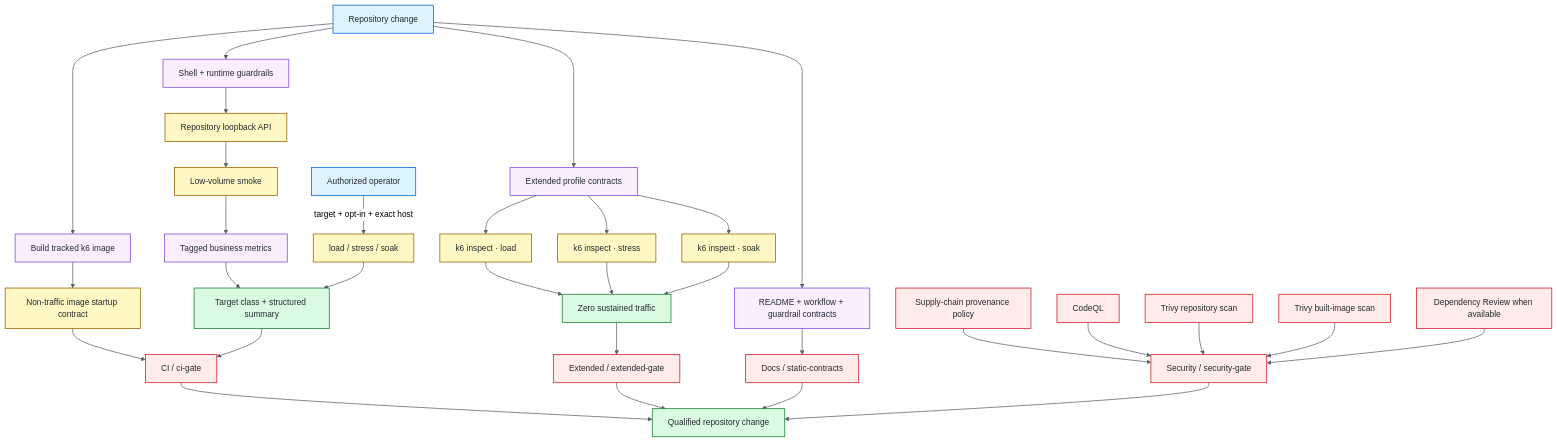
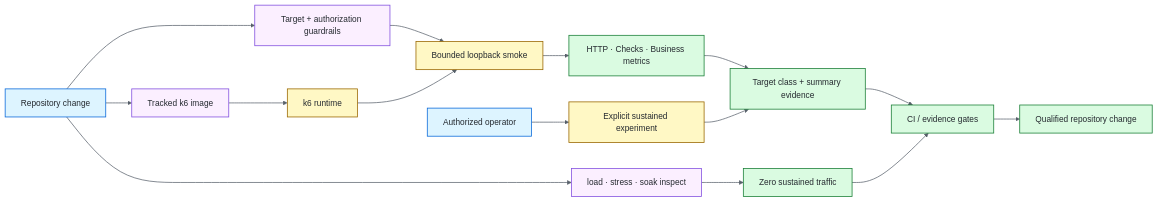
Before and after one commit to portyu9/qa-automation-load-k6: the diagram in README.md, drawn with Mermaid (neutral theme). The commit also changed other lines of this file, not shown here.

````diff
--- a/README.md
+++ b/README.md
@@ -41,50 +39,30 @@
 ```mermaid
-flowchart TD
-    CHANGE[Repository change] --> BUILD[Build tracked k6 image]
-    BUILD --> SAFE[Non-traffic image startup contract]
-    CHANGE --> GUARD[Shell + runtime guardrails]
-    GUARD --> FIX[Repository loopback API]
-    FIX --> SMOKE[Low-volume smoke]
-    SMOKE --> BIZ[Tagged business metrics]
-    BIZ --> SUMMARY[Target class + structured summary]
-    SAFE --> CIG[CI / ci-gate]
-    SUMMARY --> CIG
+flowchart LR
+    CHANGE[Repository change] --> BUILD[Tracked k6 image]
+    CHANGE --> GUARD[Target + authorization guardrails]
+    BUILD --> K6[k6 runtime]
+    GUARD --> SMOKE[Bounded loopback smoke]
+    K6 --> SMOKE
+    SMOKE --> METRIC[HTTP · Checks · Business metrics]
+    METRIC --> SUMMARY[Target class + summary evidence]
 
-    CHANGE --> EXT[Extended profile contracts]
-    EXT --> L[k6 inspect · load]
-    EXT --> ST[k6 inspect · stress]
-    EXT --> SO[k6 inspect · soak]
-    L --> ZERO[Zero sustained traffic]
-    ST --> ZERO
-    SO --> ZERO
-    ZERO --> EG[Extended / extended-gate]
+    CHANGE --> INSPECT[load · stress · soak inspect]
+    INSPECT --> ZERO[Zero sustained traffic]
 
-    OP[Authorized operator] -->|target + opt-in + exact host| RUN[load / stress / soak]
+    OP[Authorized operator] --> RUN[Explicit sustained experiment]
     RUN --> SUMMARY
 
-    CHANGE --> DOCS[README + workflow + guardrail contracts]
-    DOCS --> DG[Docs / static-contracts]
+    SUMMARY --> GATES[CI / evidence gates]
+    ZERO --> GATES
+    GATES --> RESULT[Qualified repository change]
 
-    SUPPLY[Supply-chain provenance policy] --> SG[Security / security-gate]
-    SAST[CodeQL] --> SG
-    REPO[Trivy repository scan] --> SG
-    IMAGE[Trivy built-image scan] --> SG
-    REVIEW[Dependency Review when available] --> SG
-
-    CIG --> RESULT[Qualified repository change]
-    EG --> RESULT
-    DG --> RESULT
-    SG --> RESULT
-
-    classDef entry fill:#ddf4ff,stroke:#0969da,color:#24292f,stroke-width:1.5px;
-    classDef policy fill:#fbefff,stroke:#8250df,color:#24292f,stroke-width:1.5px;
-    classDef runtime fill:#fff8c5,stroke:#9a6700,color:#24292f,stroke-width:1.5px;
-    classDef evidence fill:#dafbe1,stroke:#1a7f37,color:#24292f,stroke-width:1.5px;
-    classDef gate fill:#ffebe9,stroke:#cf222e,color:#24292f,stroke-width:1.5px;
+    classDef entry fill:#DDF4FF,stroke:#0969DA,color:#24292F,stroke-width:1.5px;
+    classDef policy fill:#FBEFFF,stroke:#8250DF,color:#24292F,stroke-width:1.5px;
+    classDef runtime fill:#FFF8C5,stroke:#9A6700,color:#24292F,stroke-width:1.5px;
+    classDef evidence fill:#DAFBE1,stroke:#1A7F37,color:#24292F,stroke-width:1.5px;
     class CHANGE,OP entry;
-    class BUILD,GUARD,BIZ,EXT,DOCS policy;
-    class SAFE,FIX,SMOKE,L,ST,SO,RUN runtime;
-    class SUMMARY,ZERO,RESULT evidence;
-    class CIG,EG,DG,SUPPLY,SAST,REPO,IMAGE,REVIEW,SG gate;
-    linkStyle default stroke:#57606a,stroke-width:1.4px;
+    class BUILD,GUARD,INSPECT policy;
+    class K6,SMOKE,RUN runtime;
+    class METRIC,SUMMARY,ZERO,GATES,RESULT evidence;
+    linkStyle default stroke:#57606A,stroke-width:1.4px;
 ```
````
